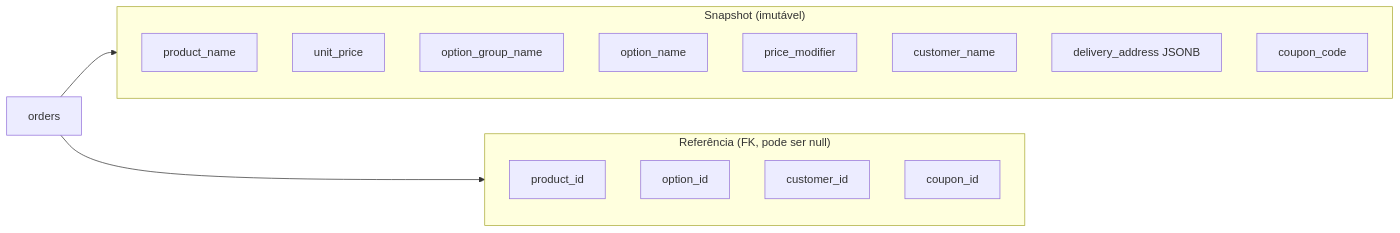
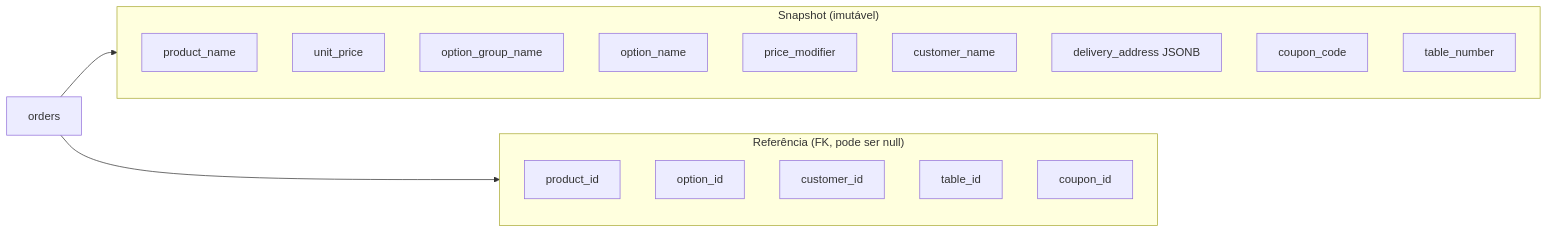
One commit to duillo06/vendas_frontend changed diagram 12 of 16 in docs/03-modelagem-do-banco.md. Above: the diagram before and after it, drawn with Mermaid. The commit also changed other lines of this file and 41 other files, not shown here.

````diff
--- a/docs/03-modelagem-do-banco.md
+++ b/docs/03-modelagem-do-banco.md
@@ -1488,23 +1554,25 @@
 ```mermaid
 graph LR
     subgraph SNAPSHOT["Snapshot (imutável)"]
         S1[product_name]
         S2[unit_price]
         S3[option_group_name]
         S4[option_name]
         S5[price_modifier]
         S6[customer_name]
         S7[delivery_address JSONB]
         S8[coupon_code]
+        S9[table_number]
     end
 
     subgraph REFERENCE["Referência (FK, pode ser null)"]
         R1[product_id]
         R2[option_id]
         R3[customer_id]
-        R4[coupon_id]
+        R4[table_id]
+        R5[coupon_id]
     end
 
     ORDER[orders] --> SNAPSHOT
     ORDER --> REFERENCE
 ```
````
